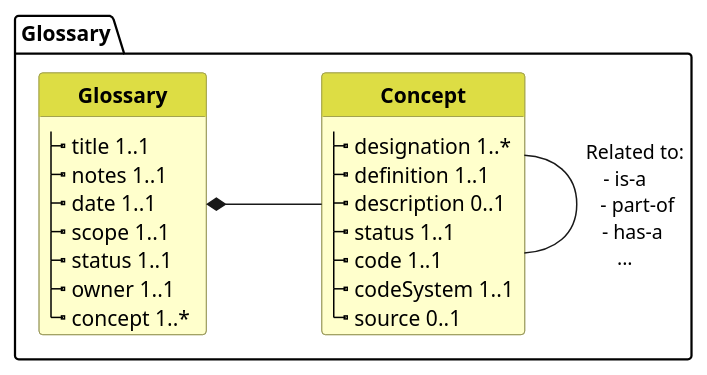
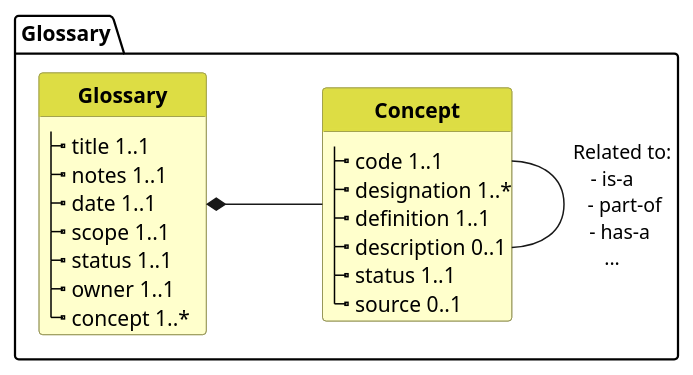
One commit to costateixeira/glossary changed the diagram in index.md. Above: the diagram before and after it, drawn with PlantUML.

````diff
--- a/index.md
+++ b/index.md
@@ -32,46 +32,45 @@
 ```plantuml!
 @startuml
 
 'skinparam linetype ortho
 skinparam linetype polyline
 hide circle
 hide stereotype
 hide methods
 
 
 skinparam class<<BU>> {
  BorderColor #909050
  BackgroundColor BUSINESS
  HeaderBackgroundColor #dd4
 }
 
 Package "Glossary" as glossary {
 
 class "**Glossary**" as G<<BU>> {
   |_ title 1..1
   |_ notes 1..1   
   |_ date 1..1
   |_ scope 1..1
   |_ status 1..1
   |_ owner 1..1
   |_ concept 1..*   
 }
     
 
 class "**Concept**" as C<<BU>> {
+  |_ code 1..1
   |_ designation 1..*
   |_ definition 1..1
   |_ description 0..1
   |_ status 1..1
-  |_ code 1..1 
-  |_ codeSystem 1..1  
   |_ source 0..1    
 }
 
 C - C : "Related to:\n - is-a     \n - part-of\n - has-a  \n ...     "
 
 }
 G *-r- C:  "            "  
 @enduml
 
 ```
````
